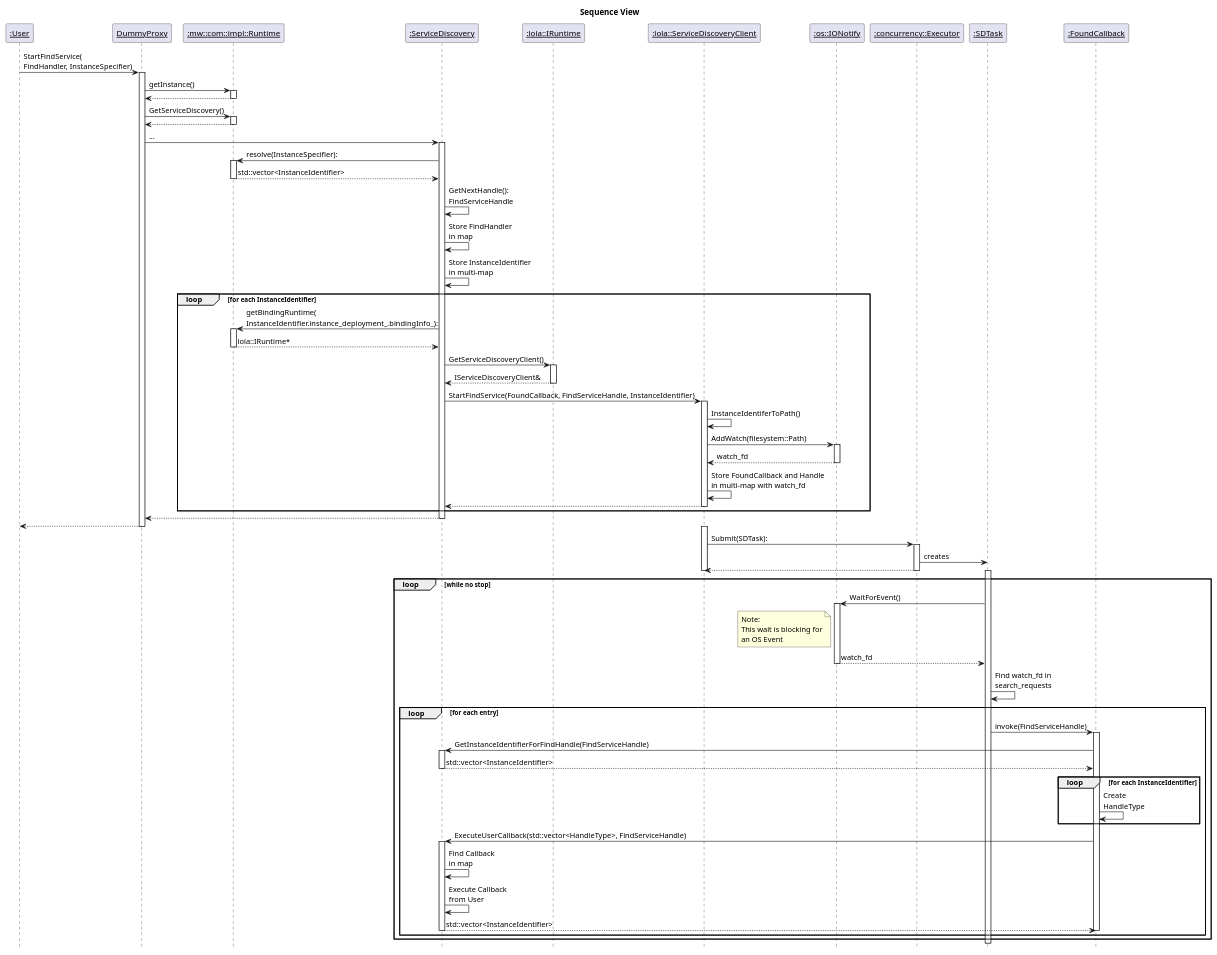
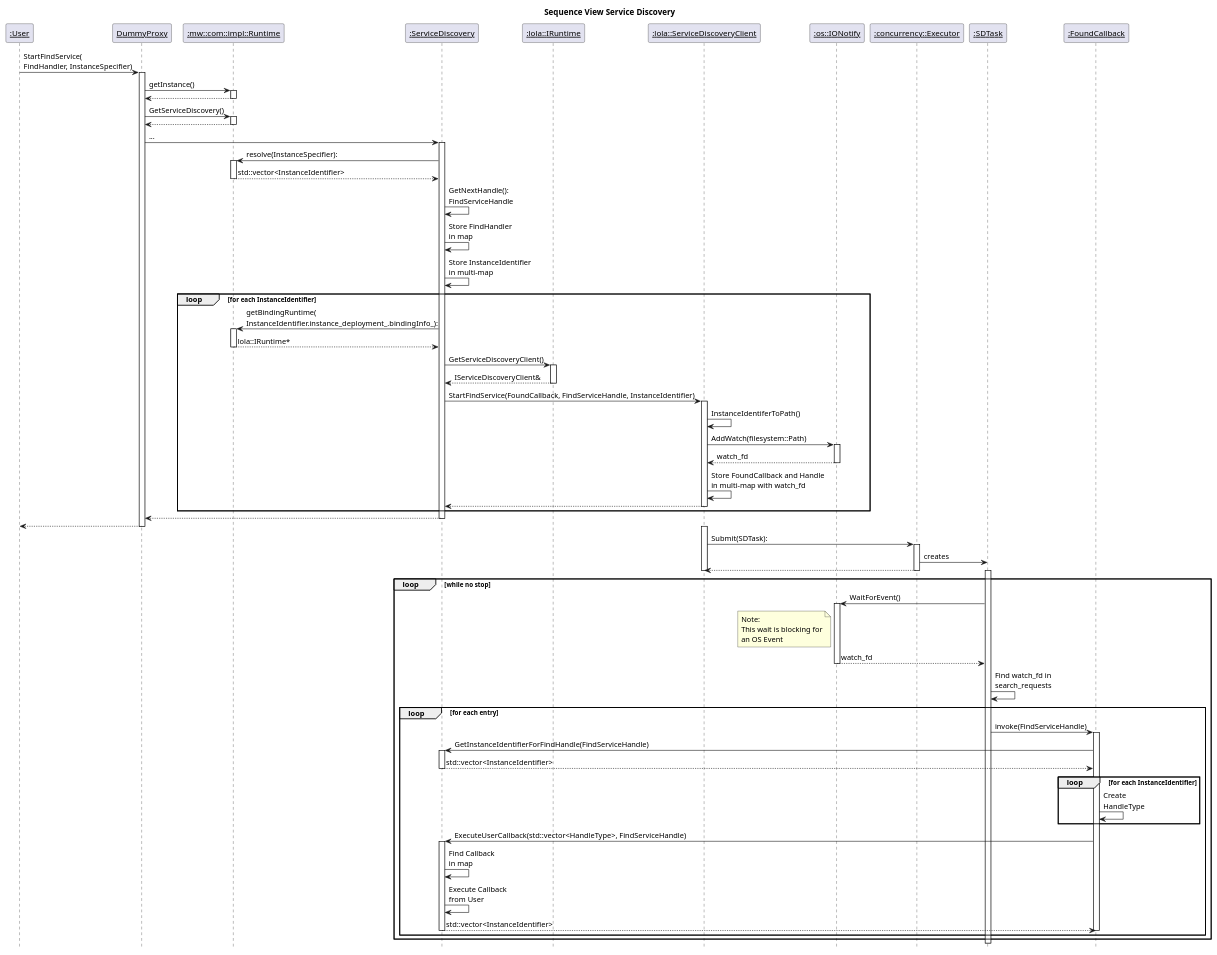
Before and after one commit to kalu-an/score_communication: the diagram in score/mw/com/design/service_discovery/sequence_view.puml, drawn with PlantUML. The commit also changed 30 other files, not shown here.

Commit message:
Continue aligning diagram title, fixing relationships in class diagrams

```diff
--- a/score/mw/com/design/service_discovery/sequence_view.puml
+++ b/score/mw/com/design/service_discovery/sequence_view.puml
@@ -1,126 +1,125 @@
-@startuml "Sequence View"
-title "Sequence View"
-
+@startuml sequence_view_service_discovery
+title "Sequence View Service Discovery"
 hide footbox
 
 participant "<u>:User</u>" as User
 participant "<u>DummyProxy</u>" as DummyProxy
 participant "<u>:mw::com::impl::Runtime</u>" as Runtime
 participant "<u>:ServiceDiscovery</u>" as ServiceDiscovery
 participant "<u>:lola::IRuntime</u>" as LolaRuntime
 participant "<u>:lola::ServiceDiscoveryClient</u>" as ServiceDiscoveryClient
 participant "<u>:os::IONotify</u>" as IONotify
 participant "<u>:concurrency::Executor</u>" as Executor
 participant "<u>:SDTask</u>" as SDTask
 participant "<u>:FoundCallback</u>" as FoundCallback
 
 User -> DummyProxy: StartFindService(\nFindHandler, InstanceSpecifier)
 activate DummyProxy
 
 DummyProxy -> Runtime: getInstance()
 activate Runtime
 Runtime --> DummyProxy
 deactivate Runtime
 
 DummyProxy -> Runtime: GetServiceDiscovery()
 activate Runtime
 Runtime --> DummyProxy
 deactivate Runtime
 
 DummyProxy -> ServiceDiscovery: ...
 activate ServiceDiscovery
 
 ServiceDiscovery -> Runtime: resolve(InstanceSpecifier):
 activate Runtime
 Runtime --> ServiceDiscovery: std::vector<InstanceIdentifier>
 deactivate Runtime
 
 ServiceDiscovery -> ServiceDiscovery: GetNextHandle():\nFindServiceHandle
 
 ServiceDiscovery -> ServiceDiscovery: Store FindHandler\nin map
 
 ServiceDiscovery -> ServiceDiscovery: Store InstanceIdentifier\nin multi-map
 
 loop for each InstanceIdentifier
     ServiceDiscovery -> Runtime: getBindingRuntime(\nInstanceIdentifier.instance_deployment_.bindingInfo_):
     activate Runtime
     Runtime --> ServiceDiscovery: lola::IRuntime*
     deactivate Runtime
     
     ServiceDiscovery -> LolaRuntime: GetServiceDiscoveryClient()
     activate LolaRuntime
     LolaRuntime --> ServiceDiscovery: IServiceDiscoveryClient&
     deactivate LolaRuntime
     
     ServiceDiscovery -> ServiceDiscoveryClient: StartFindService(FoundCallback, FindServiceHandle, InstanceIdentifier)
     activate ServiceDiscoveryClient
     
     ServiceDiscoveryClient -> ServiceDiscoveryClient: InstanceIdentiferToPath()
     
     ServiceDiscoveryClient -> IONotify: AddWatch(filesystem::Path)
     activate IONotify
     IONotify --> ServiceDiscoveryClient: watch_fd
     deactivate IONotify
     
     ServiceDiscoveryClient -> ServiceDiscoveryClient: Store FoundCallback and Handle\nin multi-map with watch_fd
     
     ServiceDiscoveryClient --> ServiceDiscovery
     deactivate ServiceDiscoveryClient
 end
 
 ServiceDiscovery --> DummyProxy
 deactivate ServiceDiscovery
 
 DummyProxy --> User
 deactivate DummyProxy
 
 
 
 activate ServiceDiscoveryClient
 ServiceDiscoveryClient -> Executor: Submit(SDTask):
 activate Executor
 Executor -> SDTask: creates
 Executor --> ServiceDiscoveryClient
 deactivate Executor
 deactivate ServiceDiscoveryClient
 
 activate SDTask
 loop while no stop
     SDTask -> IONotify: WaitForEvent()
     note left of IONotify: Note:\nThis wait is blocking for\nan OS Event
     activate IONotify
     IONotify --> SDTask: watch_fd
     deactivate IONotify
     
     SDTask -> SDTask: Find watch_fd in\nsearch_requests
     
     loop for each entry
         SDTask -> FoundCallback: invoke(FindServiceHandle)
         
         activate FoundCallback
         FoundCallback -> ServiceDiscovery: GetInstanceIdentifierForFindHandle(FindServiceHandle)
         activate ServiceDiscovery
         ServiceDiscovery --> FoundCallback: std::vector<InstanceIdentifier>
         deactivate ServiceDiscovery
         
         
         
         loop for each InstanceIdentifier
             FoundCallback -> FoundCallback: Create\nHandleType
         end
         
         FoundCallback -> ServiceDiscovery: ExecuteUserCallback(std::vector<HandleType>, FindServiceHandle)
         activate ServiceDiscovery
         
         ServiceDiscovery -> ServiceDiscovery: Find Callback\nin map
         
         ServiceDiscovery -> ServiceDiscovery: Execute Callback\nfrom User
         
         ServiceDiscovery --> FoundCallback: std::vector<InstanceIdentifier>
         deactivate ServiceDiscovery
         deactivate FoundCallback
     end
 end
 deactivate SDTask
 
 @enduml
```
